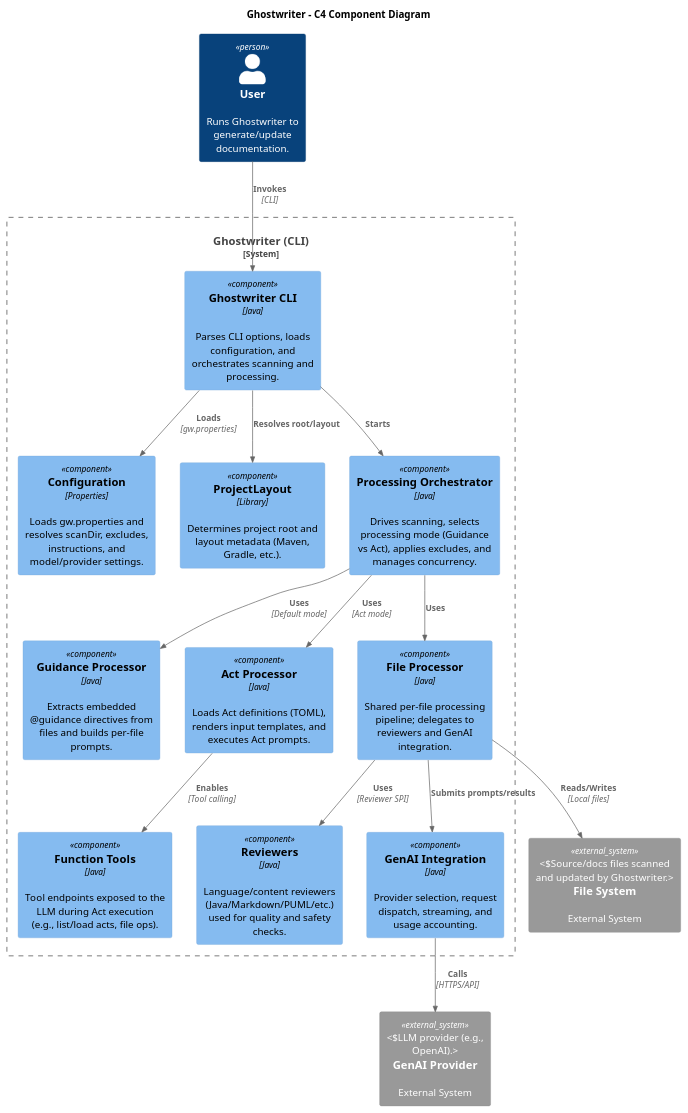
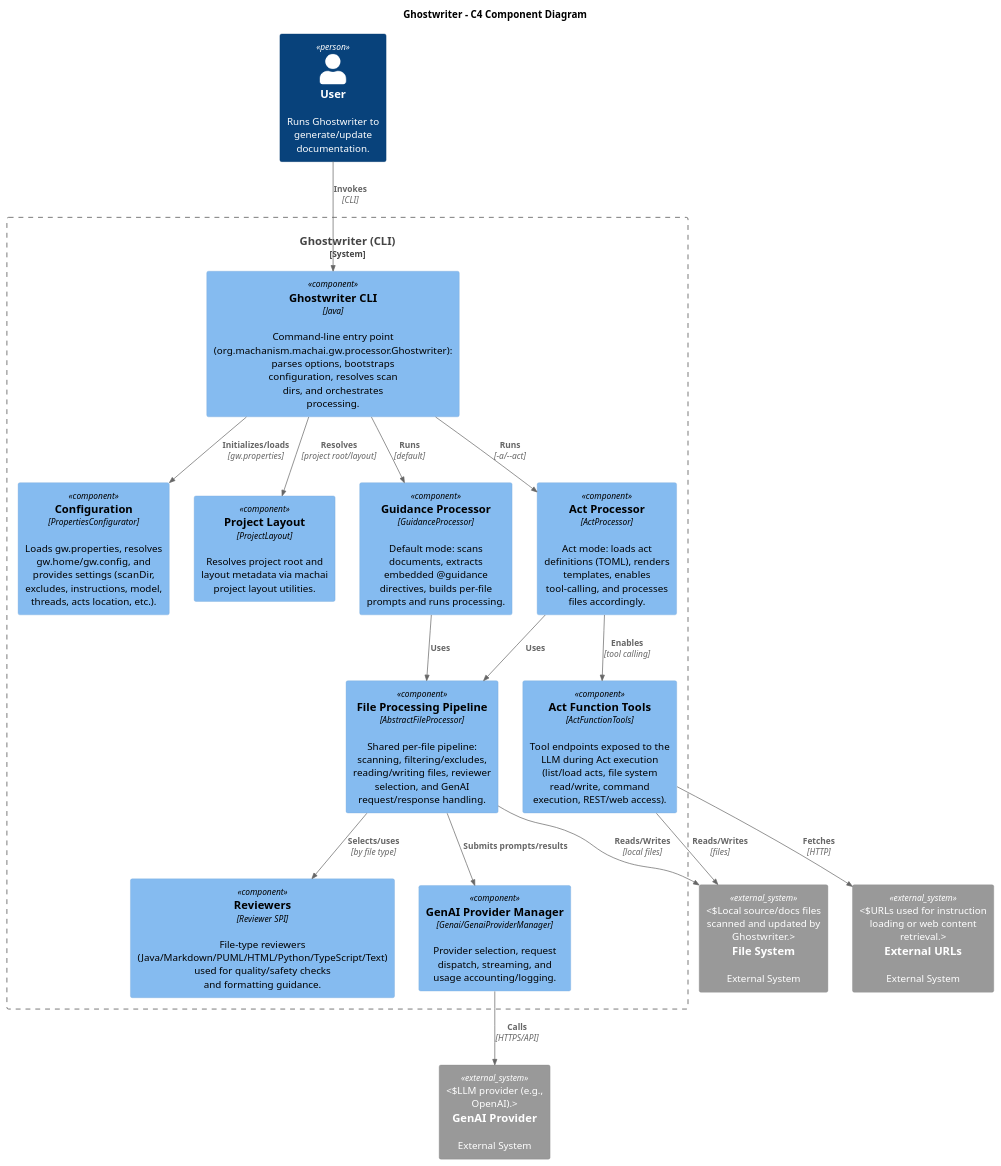
The diagram in ghostwriter/src/site/puml/c4-diagram.puml (machanism-org/machai), drawn with PlantUML before and after one commit. The commit also changed 6 other files, not shown here.

```diff
--- a/ghostwriter/src/site/puml/c4-diagram.puml
+++ b/ghostwriter/src/site/puml/c4-diagram.puml
@@ -11,51 +11,53 @@
 @startuml
 !include https://raw.githubusercontent.com/plantuml-stdlib/C4-PlantUML/master/C4_Component.puml
 
 ' Layout
 LAYOUT_TOP_DOWN()
 
 title Ghostwriter - C4 Component Diagram
 
 Person(user, "User", "Runs Ghostwriter to generate/update documentation.")
 
 System_Boundary(gw, "Ghostwriter (CLI)") {
-  Component(cli, "Ghostwriter CLI", "Java", "Parses CLI options, loads configuration, and orchestrates scanning and processing.")
+  Component(cli, "Ghostwriter CLI", "Java", "Command-line entry point (org.machanism.machai.gw.processor.Ghostwriter): parses options, bootstraps configuration, resolves scan dirs, and orchestrates processing.")
 
-  Component(config, "Configuration", "Properties", "Loads gw.properties and resolves scanDir, excludes, instructions, and model/provider settings.")
-  Component(projectLayout, "ProjectLayout", "Library", "Determines project root and layout metadata (Maven, Gradle, etc.).")
+  Component(config, "Configuration", "PropertiesConfigurator", "Loads gw.properties, resolves gw.home/gw.config, and provides settings (scanDir, excludes, instructions, model, threads, acts location, etc.).")
+  Component(projectLayout, "Project Layout", "ProjectLayout", "Resolves project root and layout metadata via machai project layout utilities.")
 
-  Component(procOrch, "Processing Orchestrator", "Java", "Drives scanning, selects processing mode (Guidance vs Act), applies excludes, and manages concurrency.")
+  Component(procGuidance, "Guidance Processor", "GuidanceProcessor", "Default mode: scans documents, extracts embedded @guidance directives, builds per-file prompts and runs processing.")
+  Component(procAct, "Act Processor", "ActProcessor", "Act mode: loads act definitions (TOML), renders templates, enables tool-calling, and processes files accordingly.")
 
-  Component(guidanceProc, "Guidance Processor", "Java", "Extracts embedded @guidance directives from files and builds per-file prompts.")
-  Component(actProc, "Act Processor", "Java", "Loads Act definitions (TOML), renders input templates, and executes Act prompts.")
+  Component(filePipeline, "File Processing Pipeline", "AbstractFileProcessor", "Shared per-file pipeline: scanning, filtering/excludes, reading/writing files, reviewer selection, and GenAI request/response handling.")
+  Component(reviewers, "Reviewers", "Reviewer SPI", "File-type reviewers (Java/Markdown/PUML/HTML/Python/TypeScript/Text) used for quality/safety checks and formatting guidance.")
 
-  Component(absFileProc, "File Processor", "Java", "Shared per-file processing pipeline; delegates to reviewers and GenAI integration.")
-  Component(reviewers, "Reviewers", "Java", "Language/content reviewers (Java/Markdown/PUML/etc.) used for quality and safety checks.")
+  Component(tools, "Act Function Tools", "ActFunctionTools", "Tool endpoints exposed to the LLM during Act execution (list/load acts, file system read/write, command execution, REST/web access).")
 
-  Component(tooling, "Function Tools", "Java", "Tool endpoints exposed to the LLM during Act execution (e.g., list/load acts, file ops).")
-
-  Component(genaiMgr, "GenAI Integration", "Java", "Provider selection, request dispatch, streaming, and usage accounting.")
+  Component(genaiMgr, "GenAI Provider Manager", "Genai/GenaiProviderManager", "Provider selection, request dispatch, streaming, and usage accounting/logging.")
 }
 
 System_Ext(genaiProvider, "GenAI Provider", "External System", "LLM provider (e.g., OpenAI).")
-System_Ext(fs, "File System", "External System", "Source/docs files scanned and updated by Ghostwriter.")
+System_Ext(fs, "File System", "External System", "Local source/docs files scanned and updated by Ghostwriter.")
+System_Ext(net, "External URLs", "External System", "URLs used for instruction loading or web content retrieval.")
 
 Rel(user, cli, "Invokes", "CLI")
 
-Rel(cli, config, "Loads", "gw.properties")
-Rel(cli, projectLayout, "Resolves root/layout")
-Rel(cli, procOrch, "Starts")
+Rel(cli, config, "Initializes/loads", "gw.properties")
+Rel(cli, projectLayout, "Resolves", "project root/layout")
 
-Rel(procOrch, guidanceProc, "Uses", "Default mode")
-Rel(procOrch, actProc, "Uses", "Act mode")
-Rel(procOrch, absFileProc, "Uses")
+Rel(cli, procGuidance, "Runs", "default")
+Rel(cli, procAct, "Runs", "-a/--act")
 
-Rel(absFileProc, reviewers, "Uses", "Reviewer SPI")
-Rel(absFileProc, genaiMgr, "Submits prompts/results")
+Rel(procGuidance, filePipeline, "Uses")
+Rel(procAct, filePipeline, "Uses")
 
-Rel(actProc, tooling, "Enables", "Tool calling")
+Rel(filePipeline, reviewers, "Selects/uses", "by file type")
+Rel(filePipeline, genaiMgr, "Submits prompts/results")
+Rel(filePipeline, fs, "Reads/Writes", "local files")
+
+Rel(procAct, tools, "Enables", "tool calling")
+Rel(tools, fs, "Reads/Writes", "files")
+Rel(tools, net, "Fetches", "HTTP")
+
 Rel(genaiMgr, genaiProvider, "Calls", "HTTPS/API")
 
-Rel(absFileProc, fs, "Reads/Writes", "Local files")
-
 @enduml
```
